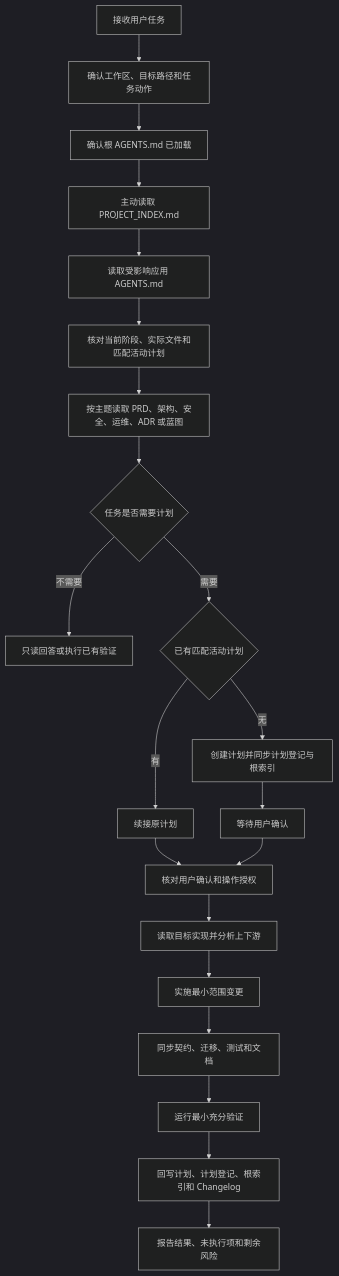
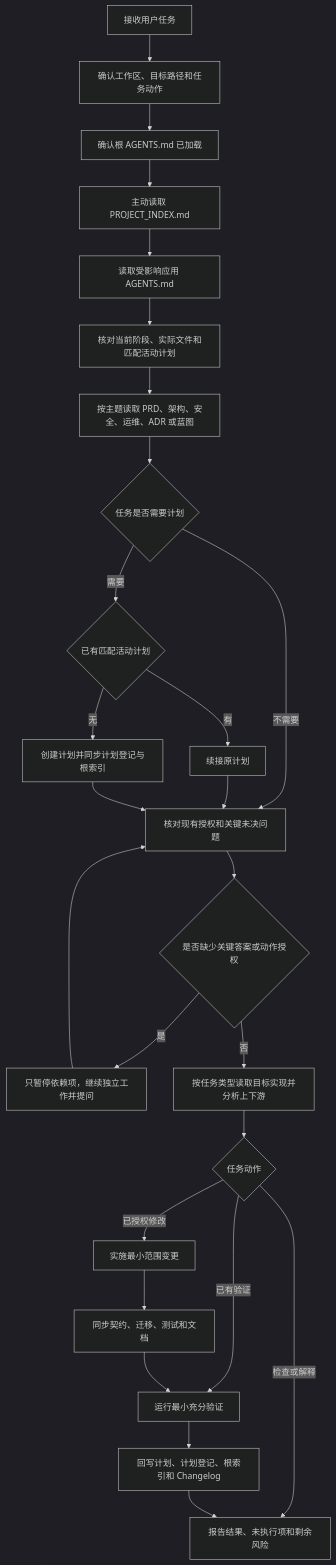
Before and after one commit to jinmozhe/pinjie-fullstack-base: the diagram in docs/operations/ai-assisted-development-workflow.md, drawn with Mermaid (dark theme). The commit also changed other lines of this file and 58 other files, not shown here.

````diff
--- a/docs/operations/ai-assisted-development-workflow.md
+++ b/docs/operations/ai-assisted-development-workflow.md
@@ -218,23 +218,28 @@
 ```mermaid
 flowchart TD
     A["接收用户任务"] --> B["确认工作区、目标路径和任务动作"]
     B --> C["确认根 AGENTS.md 已加载"]
     C --> D["主动读取 PROJECT_INDEX.md"]
     D --> E["读取受影响应用 AGENTS.md"]
     E --> F["核对当前阶段、实际文件和匹配活动计划"]
     F --> G["按主题读取 PRD、架构、安全、运维、ADR 或蓝图"]
     G --> H{"任务是否需要计划"}
-    H -->|"不需要"| I["只读回答或执行已有验证"]
+    H -->|"不需要"| M["核对现有授权和关键未决问题"]
     H -->|"需要"| J{"已有匹配活动计划"}
     J -->|"有"| K["续接原计划"]
     J -->|"无"| L["创建计划并同步计划登记与根索引"]
-    K --> M["核对用户确认和操作授权"]
-    L --> N["等待用户确认"]
-    N --> M
-    M --> O["读取目标实现并分析上下游"]
-    O --> P["实施最小范围变更"]
+    K --> M
+    L --> M
+    M --> N{"是否缺少关键答案或动作授权"}
+    N -->|"是"| U["只暂停依赖项，继续独立工作并提问"]
+    U --> M
+    N -->|"否"| O["按任务类型读取目标实现并分析上下游"]
+    O --> V{"任务动作"}
+    V -->|"检查或解释"| T
+    V -->|"已有验证"| R
+    V -->|"已授权修改"| P["实施最小范围变更"]
     P --> Q["同步契约、迁移、测试和文档"]
     Q --> R["运行最小充分验证"]
     R --> S["回写计划、计划登记、根索引和 Changelog"]
     S --> T["报告结果、未执行项和剩余风险"]
 ```
````
